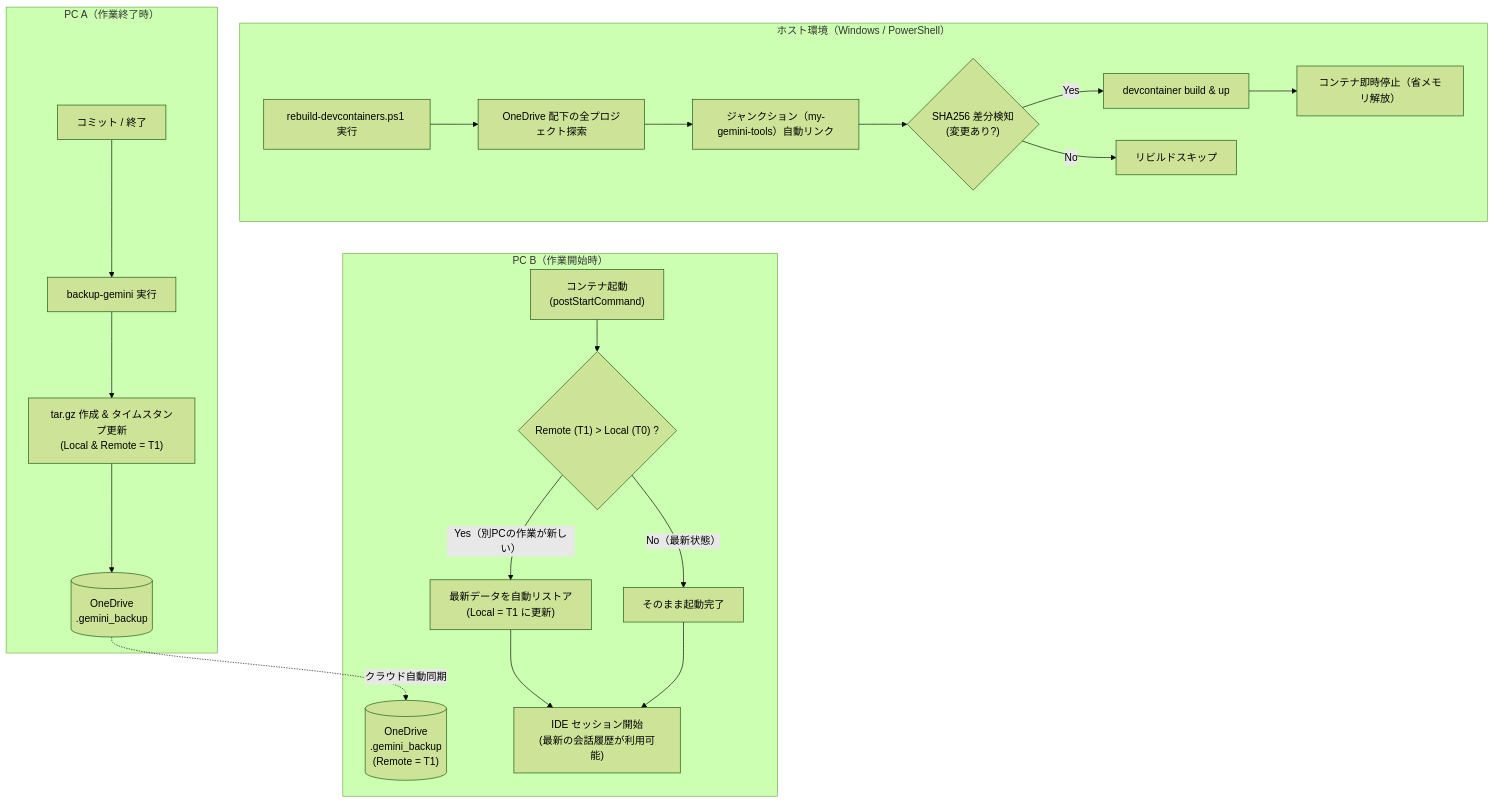
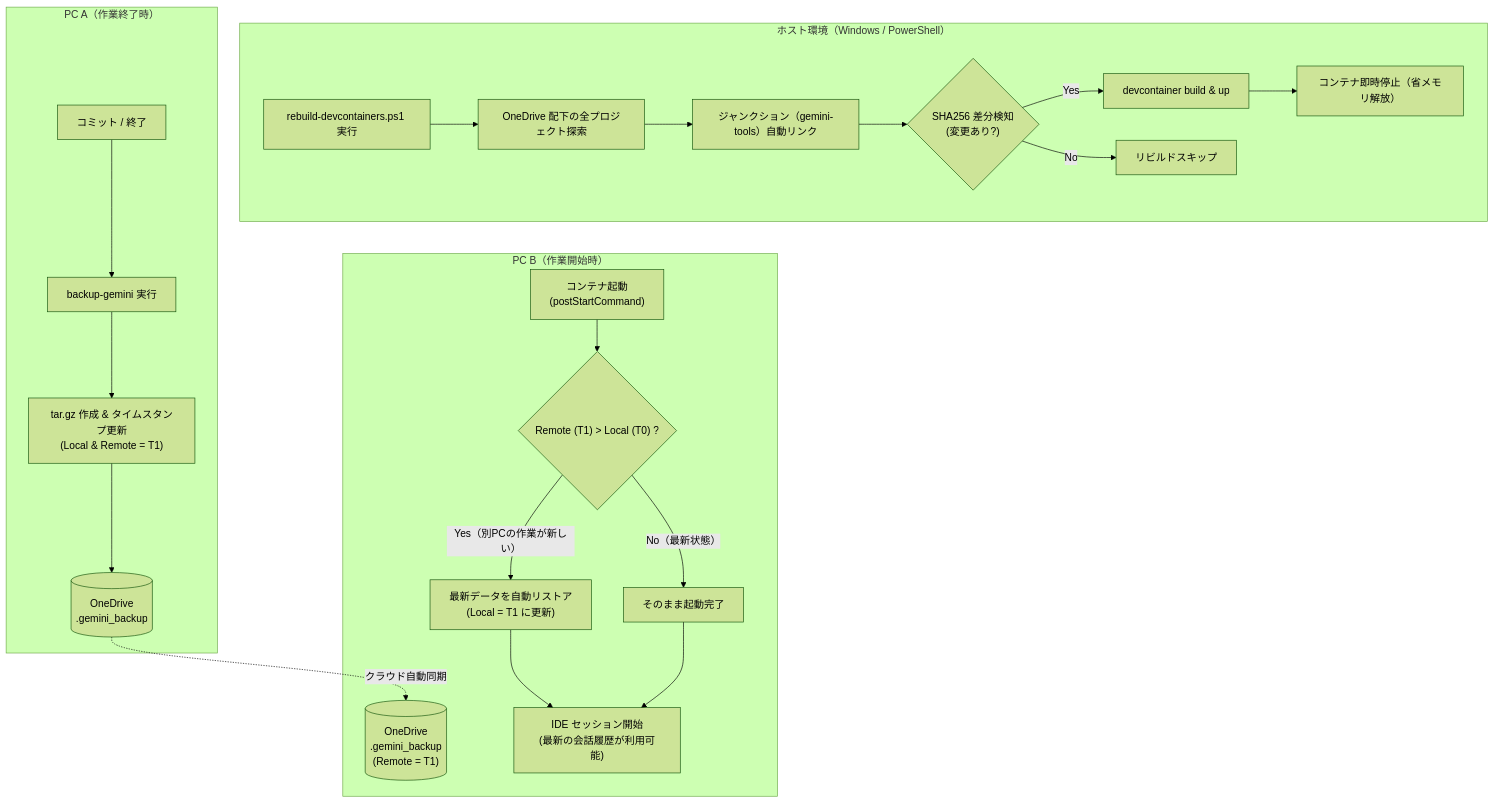
Before and after one commit to kon0505-cloud/devcontainer-loaders: the diagram in README.md, drawn with Mermaid (forest theme). The commit also changed other lines of this file and 18 other files, not shown here.

````diff
--- a/README.md
+++ b/README.md
@@ -113,28 +113,28 @@
 ```mermaid
 flowchart TD
     subgraph Host["ホスト環境（Windows / PowerShell）"]
         H1["rebuild-devcontainers.ps1 実行"] --> H2["OneDrive 配下の全プロジェクト探索"]
-        H2 --> H3["ジャンクション（my-gemini-tools）自動リンク"]
+        H2 --> H3["ジャンクション（gemini-tools）自動リンク"]
         H3 --> H4{"SHA256 差分検知<br>(変更あり?)"}
         H4 -- "Yes" --> H5["devcontainer build & up"]
         H5 --> H6["コンテナ即時停止（省メモリ解放）"]
         H4 -- "No" --> H7["リビルドスキップ"]
     end
 
     subgraph PC_A["PC A（作業終了時）"]
         A1["コミット / 終了"] --> A2["backup-gemini 実行"]
         A2 --> A3["tar.gz 作成 & タイムスタンプ更新<br>(Local & Remote = T1)"]
         A3 --> A4[("OneDrive<br>.gemini_backup")]
     end
 
     A4 -.->|"クラウド自動同期"| B1
 
     subgraph PC_B["PC B（作業開始時）"]
         B1[("OneDrive<br>.gemini_backup<br>(Remote = T1)")]
         B2["コンテナ起動<br>(postStartCommand)"] --> B3{"Remote (T1) > Local (T0) ?"}
         B3 -- "Yes（別PCの作業が新しい）" --> B4["最新データを自動リストア<br>(Local = T1 に更新)"]
         B3 -- "No（最新状態）" --> B5["そのまま起動完了"]
         B4 --> B6["IDE セッション開始<br>(最新の会話履歴が利用可能)"]
         B5 --> B6
     end
 ```
````
